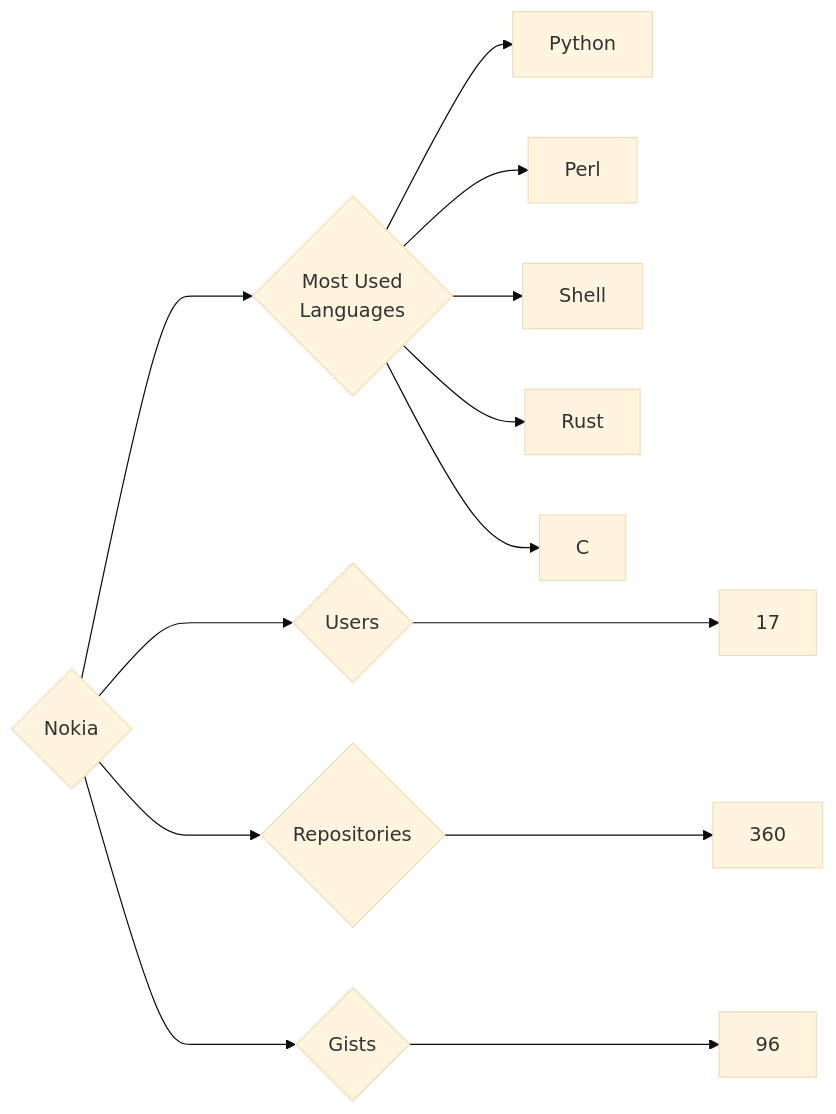
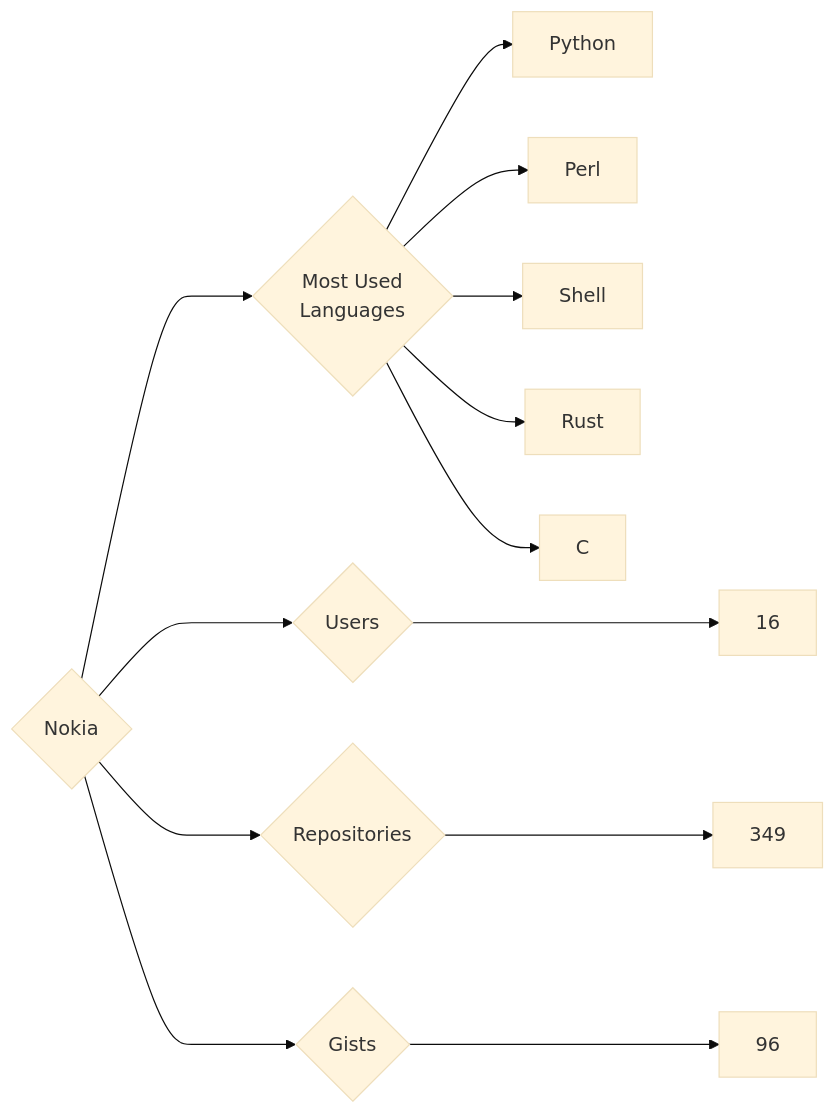
The diagram in targets/Nokia/README.md (trickest/insiders), drawn with Mermaid (base theme) before and after one commit. The commit also changed 797 other files, not shown here.

````diff
--- a/targets/Nokia/README.md
+++ b/targets/Nokia/README.md
@@ -3,13 +3,13 @@
 ```mermaid
 graph LR
 COMPANY_NAME{Nokia}
-COMPANY_NAME ---> U{Users} ---> UN[17]
-COMPANY_NAME ---> R{Repositories} ---> RN[360]
+COMPANY_NAME ---> U{Users} ---> UN[16]
+COMPANY_NAME ---> R{Repositories} ---> RN[349]
 COMPANY_NAME ---> G{Gists} ---> GN[96]
 COMPANY_NAME ---> ML{Most Used<br>Languages}
 ML --> Python[Python]
 ML --> Perl[Perl]
 ML --> Shell[Shell]
 ML --> Rust[Rust]
 ML --> C[C]
 ```
````
